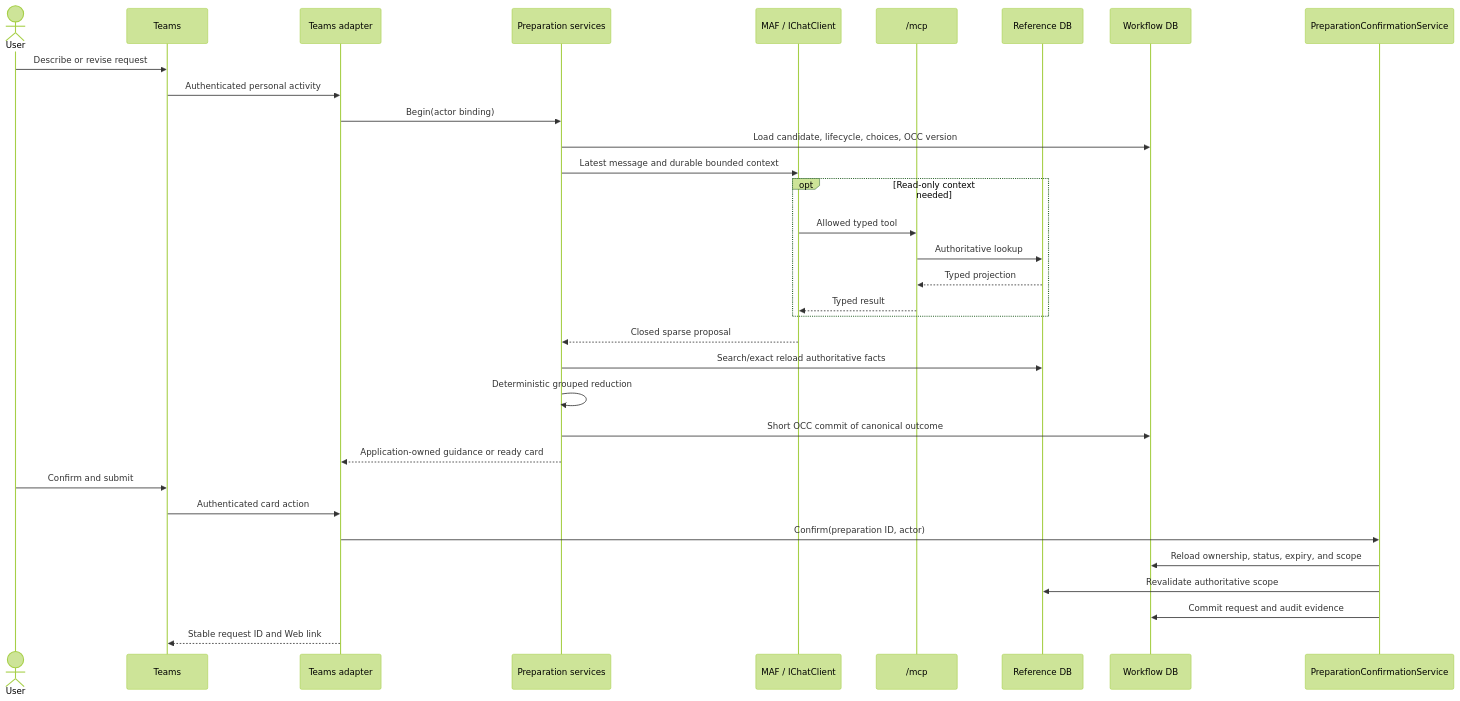
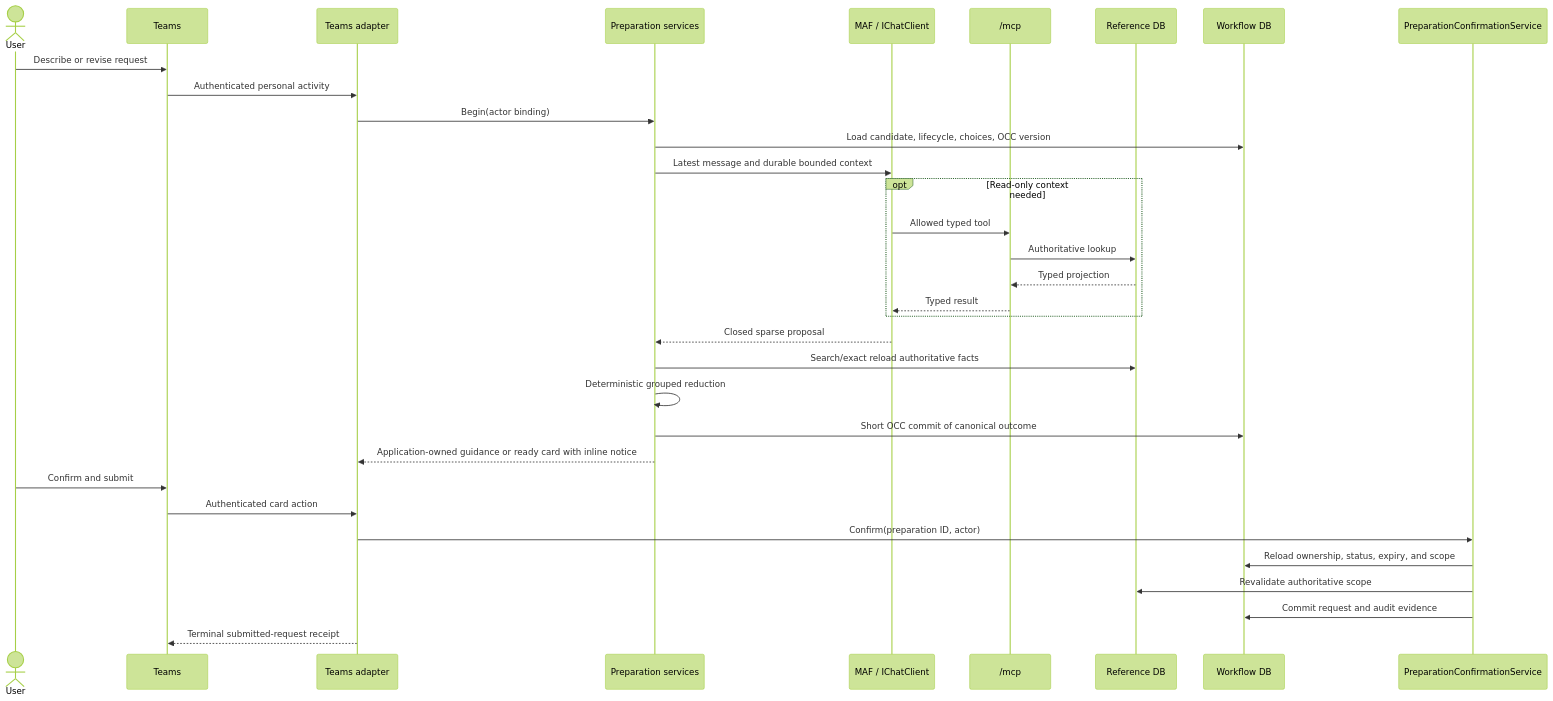
The third of 4 diagrams in docs/architecture.md (mariusz-kacz/production-access-request-assistant), drawn with Mermaid (forest theme) before and after one commit. The commit also changed other lines of this file and 36 other files, not shown here.

````diff
--- a/docs/architecture.md
+++ b/docs/architecture.md
@@ -155,36 +155,36 @@
 ```mermaid
 sequenceDiagram
     actor User
     participant Teams
     participant Agent as Teams adapter
     participant Prepare as Preparation services
     participant Model as MAF / IChatClient
     participant MCP as /mcp
     participant Reference as Reference DB
     participant Workflow as Workflow DB
     participant Submit as PreparationConfirmationService
 
     User->>Teams: Describe or revise request
     Teams->>Agent: Authenticated personal activity
     Agent->>Prepare: Begin(actor binding)
     Prepare->>Workflow: Load candidate, lifecycle, choices, OCC version
     Prepare->>Model: Latest message and durable bounded context
     opt Read-only context needed
         Model->>MCP: Allowed typed tool
         MCP->>Reference: Authoritative lookup
         Reference-->>MCP: Typed projection
         MCP-->>Model: Typed result
     end
     Model-->>Prepare: Closed sparse proposal
     Prepare->>Reference: Search/exact reload authoritative facts
     Prepare->>Prepare: Deterministic grouped reduction
     Prepare->>Workflow: Short OCC commit of canonical outcome
-    Prepare-->>Agent: Application-owned guidance or ready card
+    Prepare-->>Agent: Application-owned guidance or ready card with inline notice
     User->>Teams: Confirm and submit
     Teams->>Agent: Authenticated card action
     Agent->>Submit: Confirm(preparation ID, actor)
     Submit->>Workflow: Reload ownership, status, expiry, and scope
     Submit->>Reference: Revalidate authoritative scope
     Submit->>Workflow: Commit request and audit evidence
-    Agent-->>Teams: Stable request ID and Web link
+    Agent-->>Teams: Terminal submitted-request receipt
 ```
````
